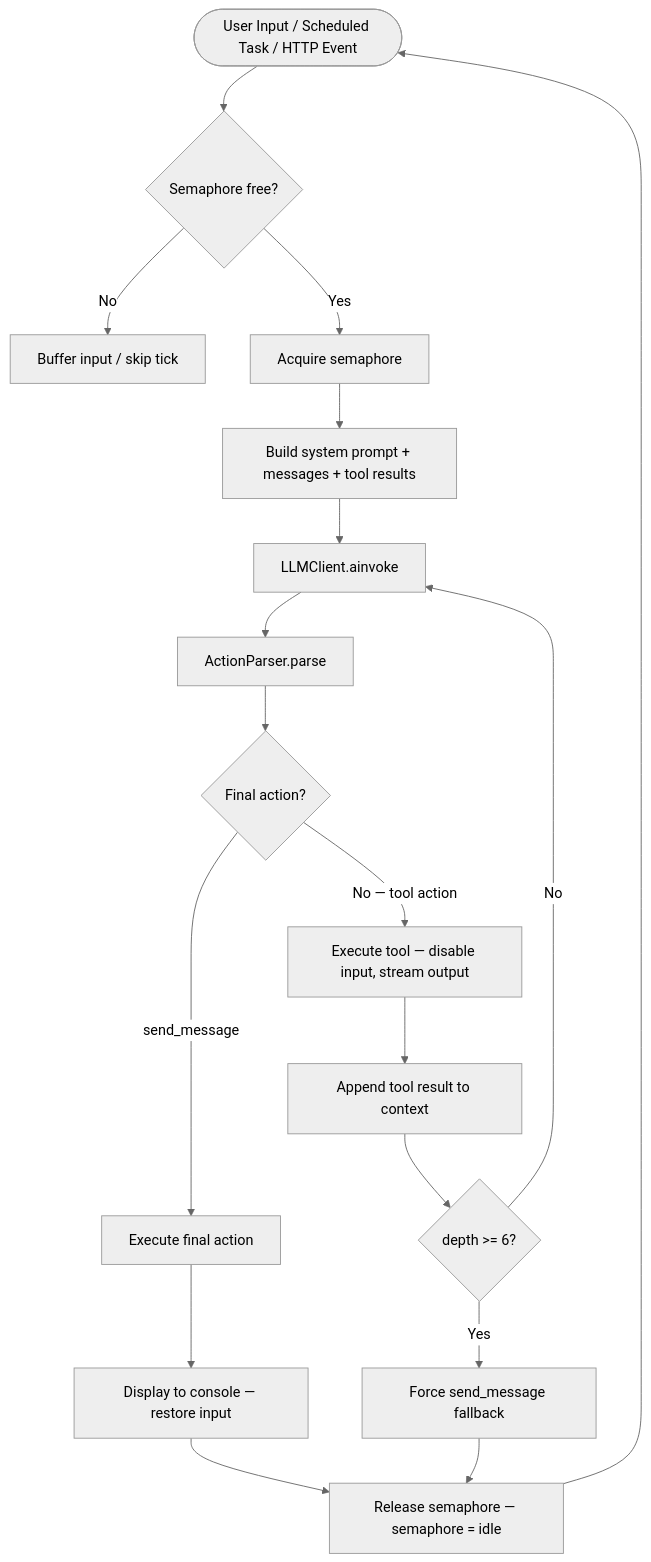
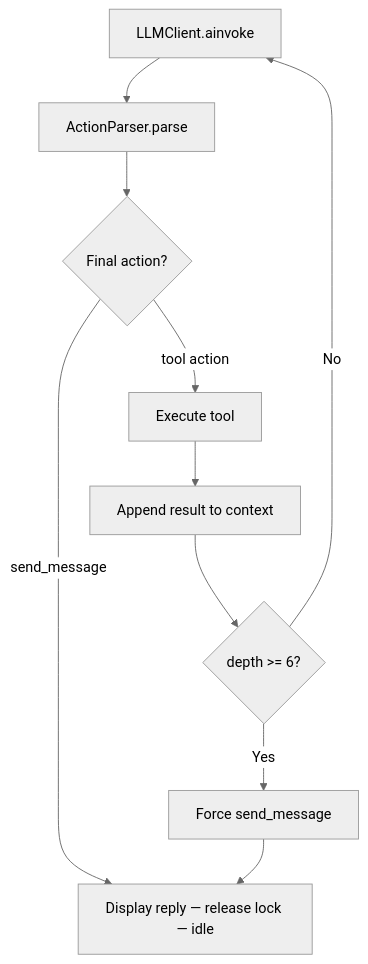
Before and after one commit to mlucchelli/aitartica: the second of 14 diagrams in plan.md, drawn with Mermaid (neutral theme). The commit also changed other lines of this file and 14 other files, not shown here.

First line of the commit message:
feat: semaphore redesign, FIFO tasks, async CLI input, recursive chaining

````diff
--- a/plan.md
+++ b/plan.md
@@ -22,20 +76,12 @@
 ```mermaid
 graph TD
-    Start([User Input / Scheduled Task / HTTP Event]) --> Semaphore{Semaphore free?}
-    Semaphore -->|No| Buffer[Buffer input / skip tick]
-    Semaphore -->|Yes| Acquire[Acquire semaphore]
-    Acquire --> BuildPrompt[Build system prompt + messages + tool results]
-    BuildPrompt --> LLMCall[LLMClient.ainvoke]
-    LLMCall --> ParseActions[ActionParser.parse]
+    LLMCall[LLMClient.ainvoke] --> ParseActions[ActionParser.parse]
     ParseActions --> IsFinal{Final action?}
-    IsFinal -->|send_message| ExecuteFinal[Execute final action]
-    ExecuteFinal --> Display[Display to console — restore input]
-    Display --> Release[Release semaphore — semaphore = idle]
-    IsFinal -->|No — tool action| ExecuteTool[Execute tool — disable input, stream output]
-    ExecuteTool --> AppendResult[Append tool result to context]
+    IsFinal -->|send_message| Display[Display reply — release lock — idle]
+    IsFinal -->|tool action| ExecTool[Execute tool]
+    ExecTool --> AppendResult[Append result to context]
     AppendResult --> DepthCheck{depth >= 6?}
-    DepthCheck -->|Yes| ForceSend[Force send_message fallback]
-    ForceSend --> Release
+    DepthCheck -->|Yes| ForceSend[Force send_message]
+    ForceSend --> Display
     DepthCheck -->|No| LLMCall
-    Release --> Start
 ```
````
